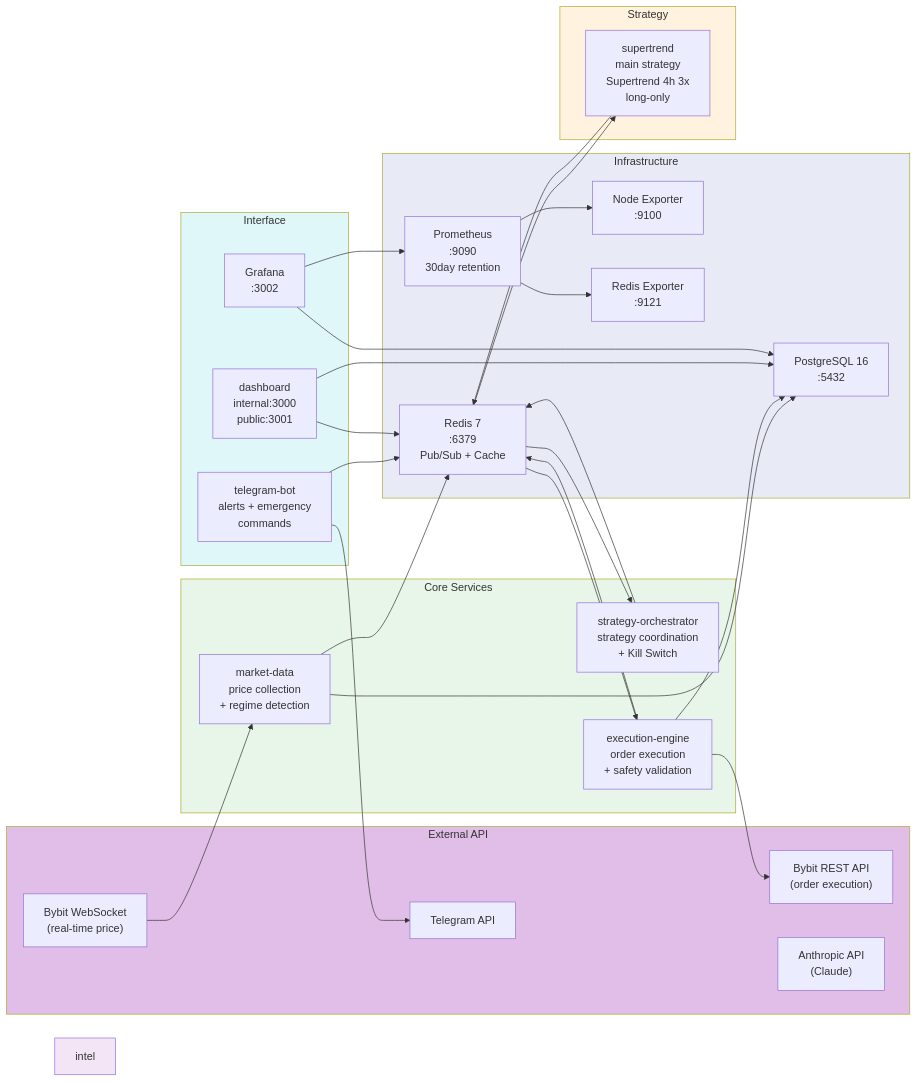
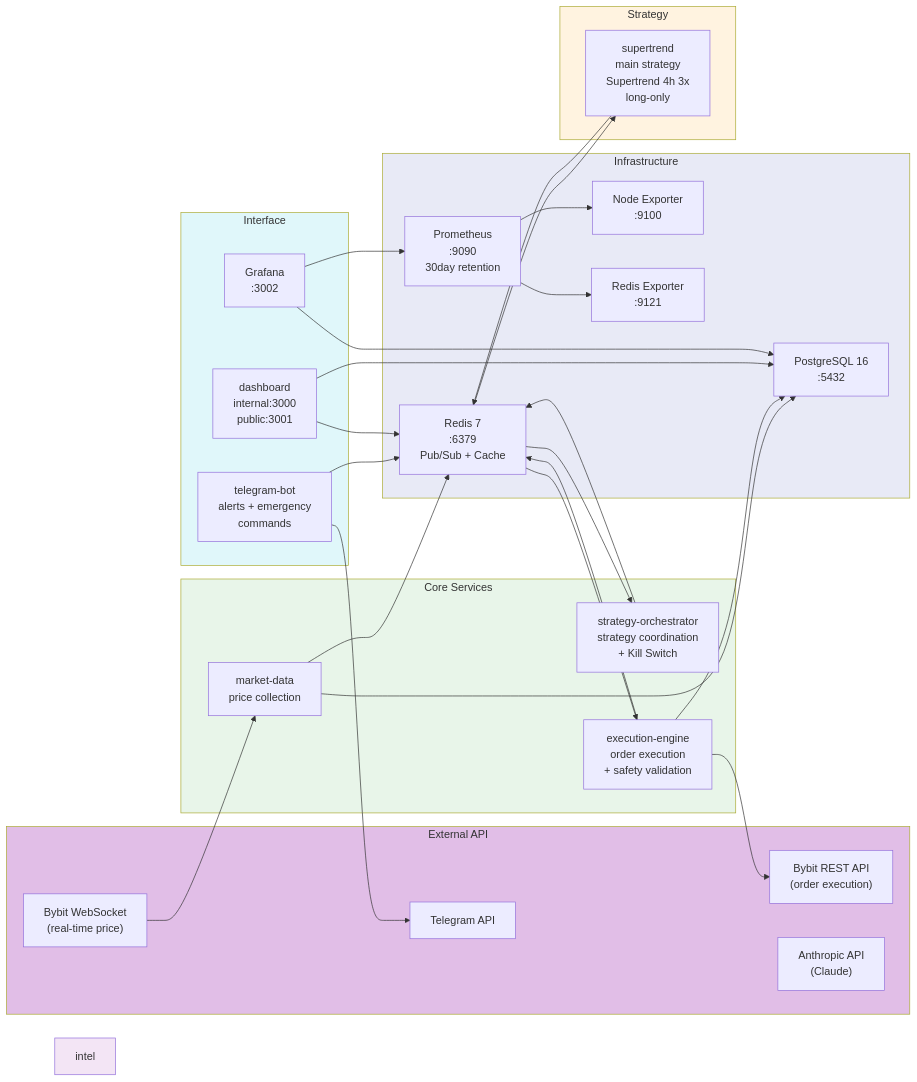
The second of 3 diagrams in docs/architecture/system-overview.md (Justant-source/Bit-Mania), drawn with Mermaid before and after one commit. The commit also changed other lines of this file and 37 other files, not shown here.

````diff
--- a/docs/architecture/system-overview.md
+++ b/docs/architecture/system-overview.md
@@ -179,60 +175,60 @@
 ```mermaid
 graph LR
     subgraph ext["External API"]
         bybit_ws["Bybit WebSocket<br>(real-time price)"]
         bybit_rest["Bybit REST API<br>(order execution)"]
         telegram_api["Telegram API"]
         anthropic_api["Anthropic API<br>(Claude)"]
     end
 
     subgraph infra["Infrastructure"]
         pg["PostgreSQL 16<br>:5432"]
         redis["Redis 7<br>:6379<br>Pub/Sub + Cache"]
         prom["Prometheus<br>:9090<br>30day retention"]
         node_exp["Node Exporter<br>:9100"]
         redis_exp["Redis Exporter<br>:9121"]
     end
 
     subgraph core["Core Services"]
-        market_data["market-data<br>price collection<br>+ regime detection"]
+        market_data["market-data<br>price collection"]
         orchestrator["strategy-orchestrator<br>strategy coordination<br>+ Kill Switch"]
         execution["execution-engine<br>order execution<br>+ safety validation"]
     end
 
     subgraph strat["Strategy"]
         supertrend["supertrend<br>main strategy<br>Supertrend 4h 3x<br>long-only"]
     end
 
     subgraph iface["Interface"]
         tg_bot["telegram-bot<br>alerts + emergency<br>commands"]
         dash["dashboard<br>internal:3000<br>public:3001"]
         grafana["Grafana<br>:3002"]
     end
 
     bybit_ws --> market_data
     market_data --> pg
     market_data --> redis
     redis --> orchestrator
     redis --> supertrend
     orchestrator --> redis
     supertrend --> redis
     redis --> execution
     execution --> bybit_rest
     execution --> pg
     execution --> redis
     tg_bot --> telegram_api
     tg_bot --> redis
     dash --> pg
     dash --> redis
     grafana --> pg
     grafana --> prom
     prom --> node_exp
     prom --> redis_exp
 
     style ext fill:#E1BEE7
     style infra fill:#E8EAF6
     style core fill:#E8F5E9
     style strat fill:#FFF3E0
     style intel fill:#F3E5F5
     style iface fill:#E0F7FA
 ```
````
